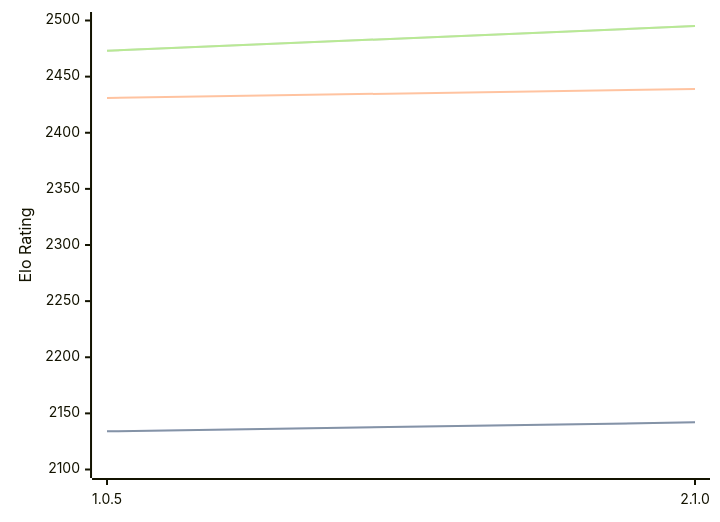
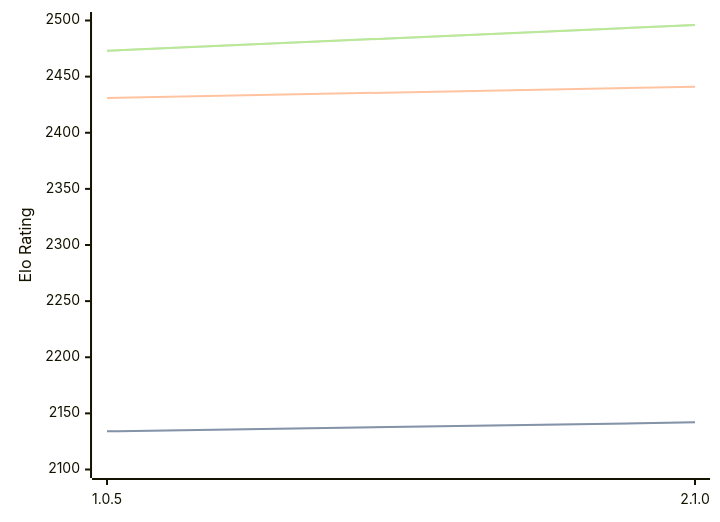
Before and after one commit to computer-chess-index/cci: the first of 3 diagrams in engines/Ruffian.md, drawn with Mermaid. The commit also changed other lines of this file, not shown here.

Commit message:
Update CCI Ratings (ELO VLTC) - 2026-07-09

````diff
--- a/engines/Ruffian.md
+++ b/engines/Ruffian.md
@@ -32,11 +32,11 @@
 ```mermaid
 %%{init: {"theme":"base","themeVariables":{"seriesColors:['#a3a3a3','#222221','#faa371']}}}%%
 xychart-beta
   x-axis ["1.0.5", "2.1.0"]
   y-axis "Elo Rating" 2100 --> 2500
   line "STC (8.0+0.08s)" [2134, 2142]
   line "STC (8.0+0.08s)" [2134, 2142]
-  line "LTC (60.0+0.60s)" [2431, 2439]
-  line "VLTC (2m24s+1.12s)" [2473, 2495]
-  line "VLTC (2m24s+1.12s)" [2473, 2495]
+  line "LTC (60.0+0.60s)" [2431, 2441]
+  line "VLTC (2m24s+1.12s)" [2473, 2496]
+  line "VLTC (2m24s+1.12s)" [2473, 2496]
 ```
````
